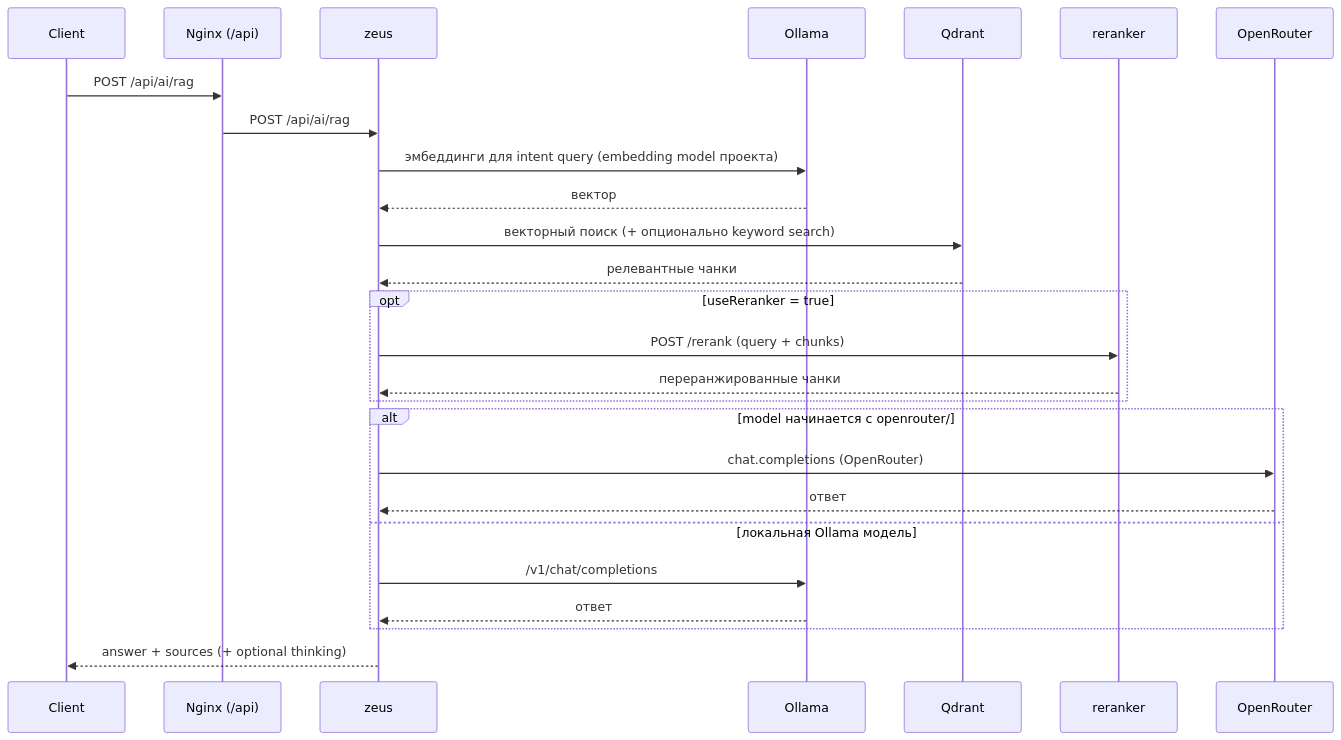
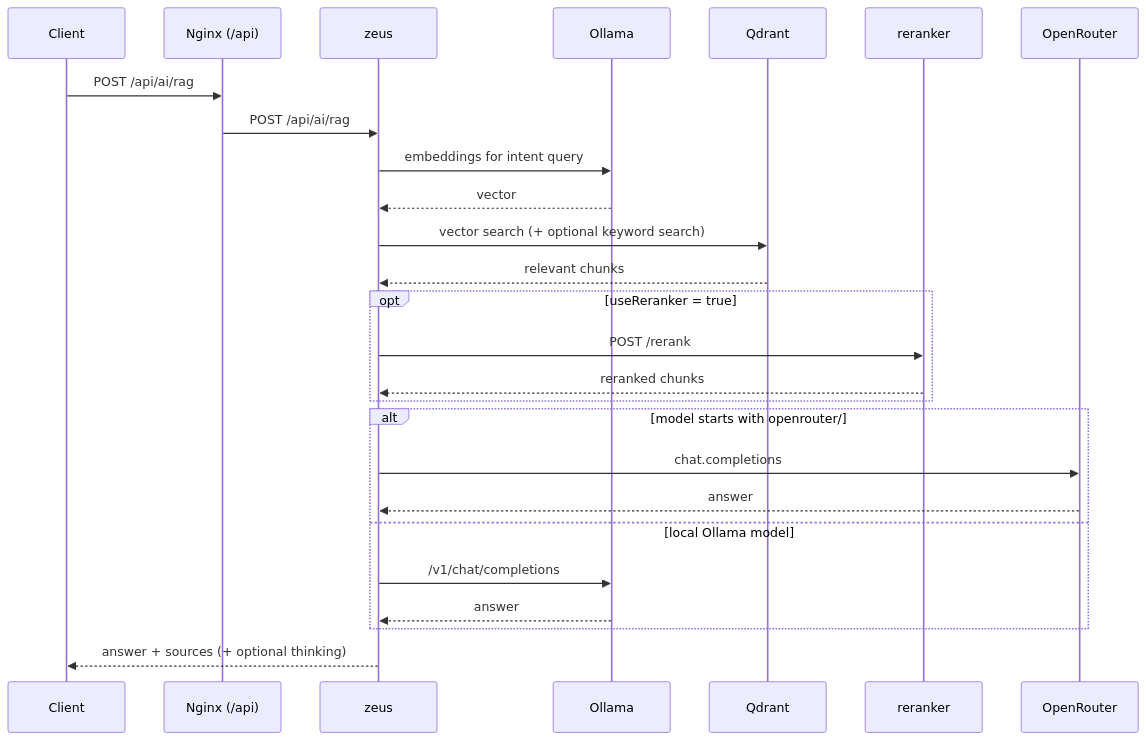
Before and after one commit to khvilon/ollamify: the third of 3 diagrams in docs/architecture.ru.md, drawn with Mermaid. The commit also changed other lines of this file and 22 other files, not shown here.

````diff
--- a/docs/architecture.ru.md
+++ b/docs/architecture.ru.md
@@ -96,29 +98,29 @@
 ```mermaid
 sequenceDiagram
   participant Client as Client
   participant GW as Nginx (/api)
   participant Zeus as zeus
   participant Ollama as Ollama
   participant Q as Qdrant
   participant R as reranker
   participant OR as OpenRouter
 
   Client->>GW: POST /api/ai/rag
   GW->>Zeus: POST /api/ai/rag
-  Zeus->>Ollama: эмбеддинги для intent query (embedding model проекта)
-  Ollama-->>Zeus: вектор
-  Zeus->>Q: векторный поиск (+ опционально keyword search)
-  Q-->>Zeus: релевантные чанки
+  Zeus->>Ollama: embeddings for intent query
+  Ollama-->>Zeus: vector
+  Zeus->>Q: vector search (+ optional keyword search)
+  Q-->>Zeus: relevant chunks
   opt useReranker = true
-    Zeus->>R: POST /rerank (query + chunks)
-    R-->>Zeus: переранжированные чанки
+    Zeus->>R: POST /rerank
+    R-->>Zeus: reranked chunks
   end
-  alt model начинается с openrouter/
-    Zeus->>OR: chat.completions (OpenRouter)
-    OR-->>Zeus: ответ
-  else локальная Ollama модель
+  alt model starts with openrouter/
+    Zeus->>OR: chat.completions
+    OR-->>Zeus: answer
+  else local Ollama model
     Zeus->>Ollama: /v1/chat/completions
-    Ollama-->>Zeus: ответ
+    Ollama-->>Zeus: answer
   end
   Zeus-->>Client: answer + sources (+ optional thinking)
 ```
````
